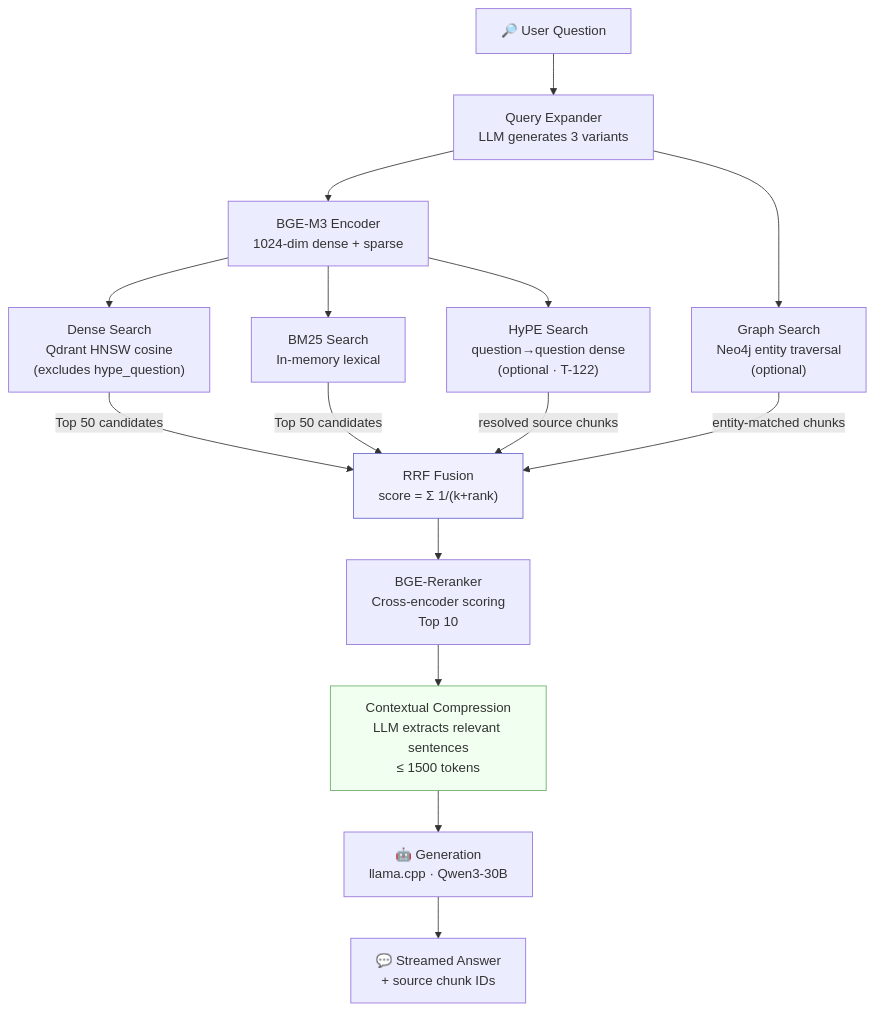
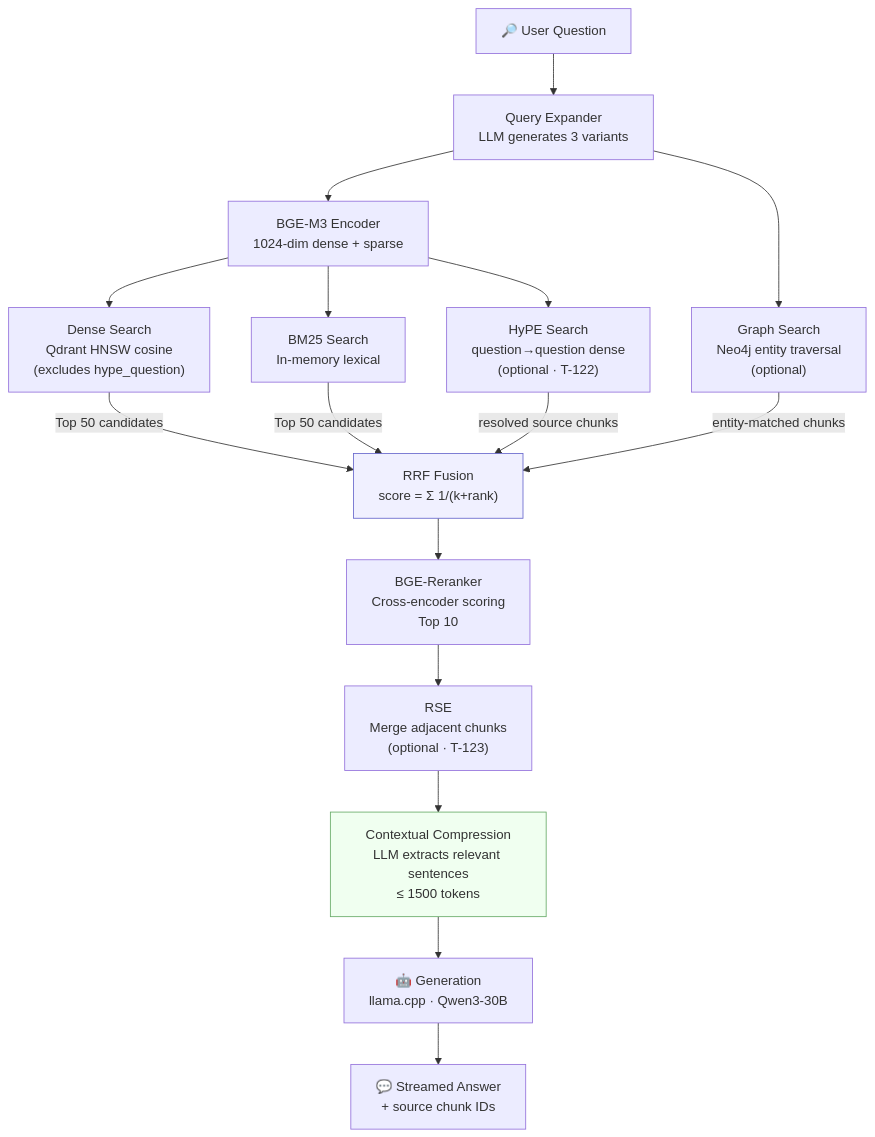
The seventh of 10 diagrams in README.md (ealbertoav/rag_platform), drawn with Mermaid before and after one commit. The commit also changed other lines of this file and 10 other files, not shown here.

First line of the commit message:
feat: add relevant segment extraction (RSE) to retrieval pipeline

````diff
--- a/README.md
+++ b/README.md
@@ -1156,23 +1161,24 @@
 ```mermaid
 flowchart TD
     Q["🔎 User Question"] --> QE["Query Expander<br/>LLM generates 3 variants"]
     QE --> EMB["BGE-M3 Encoder<br/>1024-dim dense + sparse"]
 
     EMB --> DS["Dense Search<br/>Qdrant HNSW cosine<br/>(excludes hype_question)"]
     EMB --> BS["BM25 Search<br/>In-memory lexical"]
     EMB --> HS["HyPE Search<br/>question→question dense<br/>(optional · T-122)"]
     QE --> GS["Graph Search<br/>Neo4j entity traversal<br/>(optional)"]
 
     DS -->|Top 50 candidates| RRF["RRF Fusion<br/>score = Σ 1/(k+rank)"]
     BS -->|Top 50 candidates| RRF
     HS -->|resolved source chunks| RRF
     GS -->|entity-matched chunks| RRF
 
     RRF --> RR["BGE-Reranker<br/>Cross-encoder scoring<br/>Top 10"]
-    RR --> CTX["Contextual Compression<br/>LLM extracts relevant sentences<br/>≤ 1500 tokens"]
+    RR --> RSE["RSE<br/>Merge adjacent chunks<br/>(optional · T-123)"]
+    RSE --> CTX["Contextual Compression<br/>LLM extracts relevant sentences<br/>≤ 1500 tokens"]
     CTX --> GEN["🤖 Generation<br/>llama.cpp · Qwen3-30B"]
     GEN --> ANS["💬 Streamed Answer<br/>+ source chunk IDs"]
 
     style RRF fill:#f0f0ff,stroke:#6666cc
     style CTX fill:#f0fff0,stroke:#66aa66
 ```
````
